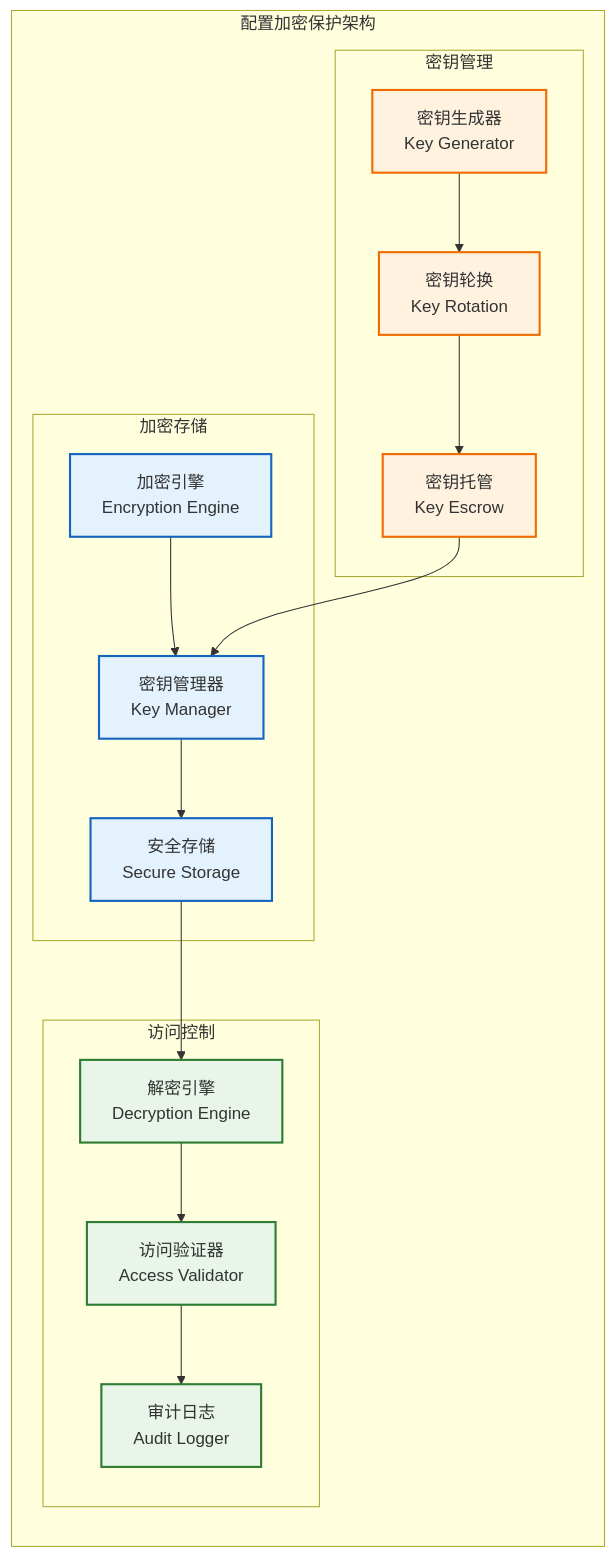
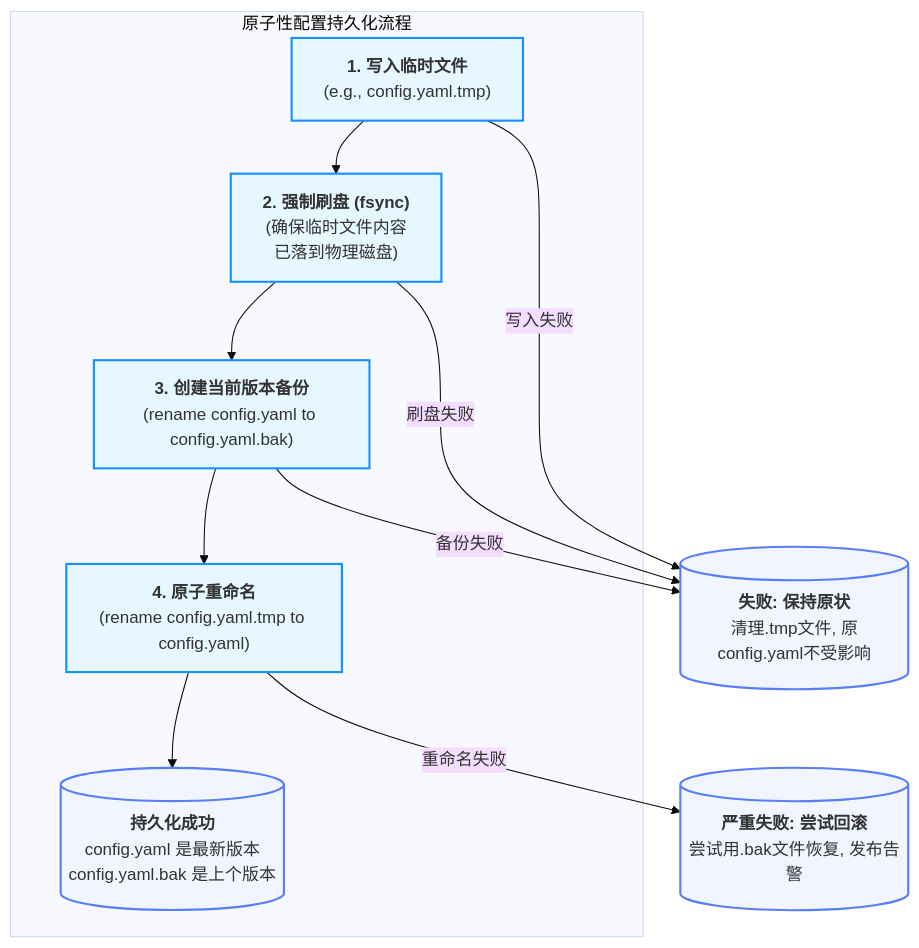
One commit to wendizhou99-cell/Radar changed the seventh of 8 diagrams in docs/01_项目设计/02_模块设计/06_配置管理模块设计.md. Above: the diagram before and after it, drawn with Mermaid. The commit also changed other lines of this file and 26 other files, not shown here.

First line of the commit message:
docs: 完成数据架构文档系列重构和Mermaid可视化指南增强

````diff
--- a/docs/01_项目设计/02_模块设计/06_配置管理模块设计.md
+++ b/docs/01_项目设计/02_模块设计/06_配置管理模块设计.md
@@ -1407,44 +462,37 @@
 ```mermaid
-flowchart TB
-    subgraph "配置加密保护架构"
-        direction TB
+---
+  config:
+    theme: base
+    flowchart:
+      curve: basis
+---
+flowchart TD
+    %% --- 图例 (上下文颜色语义) ---
+    %% 核心流程 (浅蓝): 持久化过程中的关键步骤。
+    %% 外部交互 (浅绿): 与文件系统的交互操作。
+    %% 最终状态 (淡紫): 操作成功或失败后的文件状态。
 
-        subgraph "加密存储"
-            ENCRYPTION_ENGINE[加密引擎<br/>Encryption Engine]
-            KEY_MANAGER[密钥管理器<br/>Key Manager]
-            SECURE_STORE[安全存储<br/>Secure Storage]
-        end
-
-        subgraph "访问控制"
-            DECRYPT_ENGINE[解密引擎<br/>Decryption Engine]
-            ACCESS_VALIDATOR[访问验证器<br/>Access Validator]
-            AUDIT_LOGGER[审计日志<br/>Audit Logger]
-        end
-
-        subgraph "密钥管理"
-            KEY_GENERATOR[密钥生成器<br/>Key Generator]
-            KEY_ROTATION[密钥轮换<br/>Key Rotation]
-            KEY_ESCROW[密钥托管<br/>Key Escrow]
-        end
-
-        %% 加密保护流程
-        ENCRYPTION_ENGINE --> KEY_MANAGER
-        KEY_MANAGER --> SECURE_STORE
-        SECURE_STORE --> DECRYPT_ENGINE
-
-        DECRYPT_ENGINE --> ACCESS_VALIDATOR
-        ACCESS_VALIDATOR --> AUDIT_LOGGER
-
-        KEY_GENERATOR --> KEY_ROTATION
-        KEY_ROTATION --> KEY_ESCROW
-        KEY_ESCROW --> KEY_MANAGER
+    subgraph "原子性配置持久化流程"
+        A["<b>1. 写入临时文件</b><br/>(e.g., config.yaml.tmp)"] --> B["<b>2. 强制刷盘 (fsync)</b><br/>(确保临时文件内容<br/>已落到物理磁盘)"]
+        B --> C["<b>3. 创建当前版本备份</b><br/>(rename config.yaml to config.yaml.bak)"]
+        C --> D["<b>4. 原子重命名</b><br/>(rename config.yaml.tmp to config.yaml)"]
+        D --> E[("<b>持久化成功</b><br/>config.yaml 是最新版本<br/>config.yaml.bak 是上个版本")]
     end
 
-    classDef encryption fill:#e3f2fd,stroke:#1565c0,stroke-width:2px
-    classDef access fill:#e8f5e8,stroke:#2e7d32,stroke-width:2px
-    classDef keymanage fill:#fff3e0,stroke:#ef6c00,stroke-width:2px
+    %% --- 异常路径 ---
+    A -- "写入失败" --> F[("<b>失败: 保持原状</b><br/>清理.tmp文件, 原config.yaml不受影响")]
+    B -- "刷盘失败" --> F
+    C -- "备份失败" --> F
+    D -- "重命名失败" --> G[("<b>严重失败: 尝试回滚</b><br/>尝试用.bak文件恢复, 发布告警")]
 
-    class ENCRYPTION_ENGINE,KEY_MANAGER,SECURE_STORE encryption
-    class DECRYPT_ENGINE,ACCESS_VALIDATOR,AUDIT_LOGGER access
-    class KEY_GENERATOR,KEY_ROTATION,KEY_ESCROW keymanage
+
+    %% --- 标准 classDef 模板 ---
+    classDef role_A fill:#e6f7ff,stroke:#1890ff,stroke-width:2px
+    classDef role_B fill:#f6ffed,stroke:#52c41a,stroke-width:2px
+    classDef role_D fill:#f0f5ff,stroke:#597ef7,stroke-width:2px
+
+    %% --- 样式应用 ---
+    class A,B,C,D role_A
+    class F,G,E role_D
+
 ```
````
